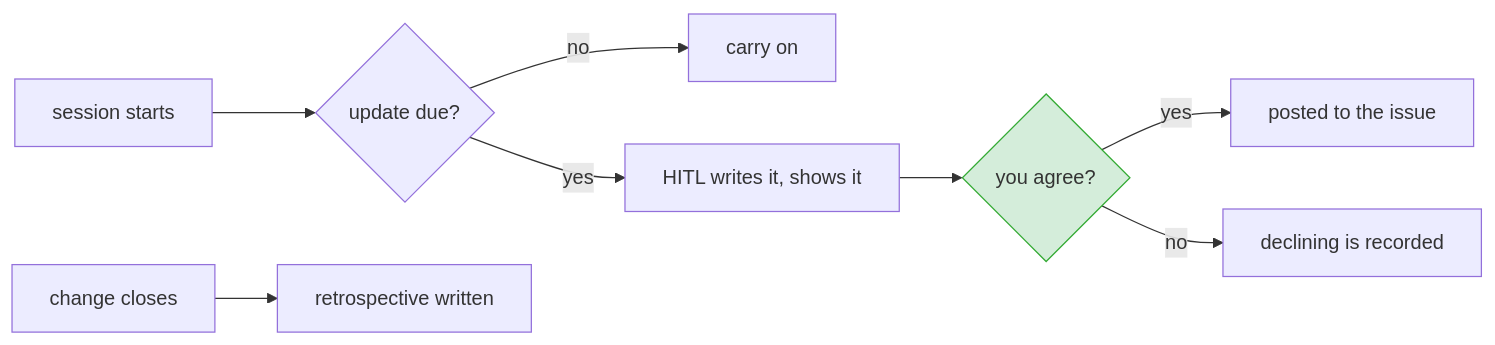
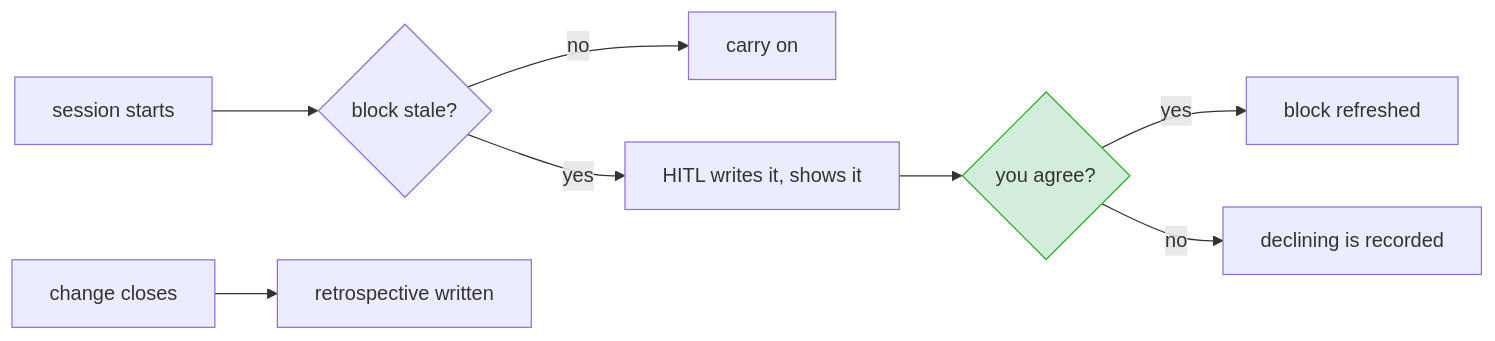
One commit to Prasad-Apparaju/hitl-dev-platform changed the diagram in docs/design/progress-and-retro/01-design.md. Above: the diagram before and after it, drawn with Mermaid. The commit also changed other lines of this file, not shown here.

First line of the commit message:
design(progress-retro): the update goes in the body block, not a comment

````diff
--- a/docs/design/progress-and-retro/01-design.md
+++ b/docs/design/progress-and-retro/01-design.md
@@ -12,12 +13,12 @@
 ```mermaid
 flowchart LR
-  A["session starts"] --> B{"update due?"}
+  A["session starts"] --> B{"block stale?"}
   B -->|"no"| C["carry on"]
   B -->|"yes"| D["HITL writes it, shows it"]
   D --> E{"you agree?"}
-  E -->|"yes"| F["posted to the issue"]
+  E -->|"yes"| F["block refreshed"]
   E -->|"no"| G["declining is recorded"]
   H["change closes"] --> I["retrospective written"]
   classDef human fill:#d4edda,stroke:#3a3
   class E human
 ```
````
